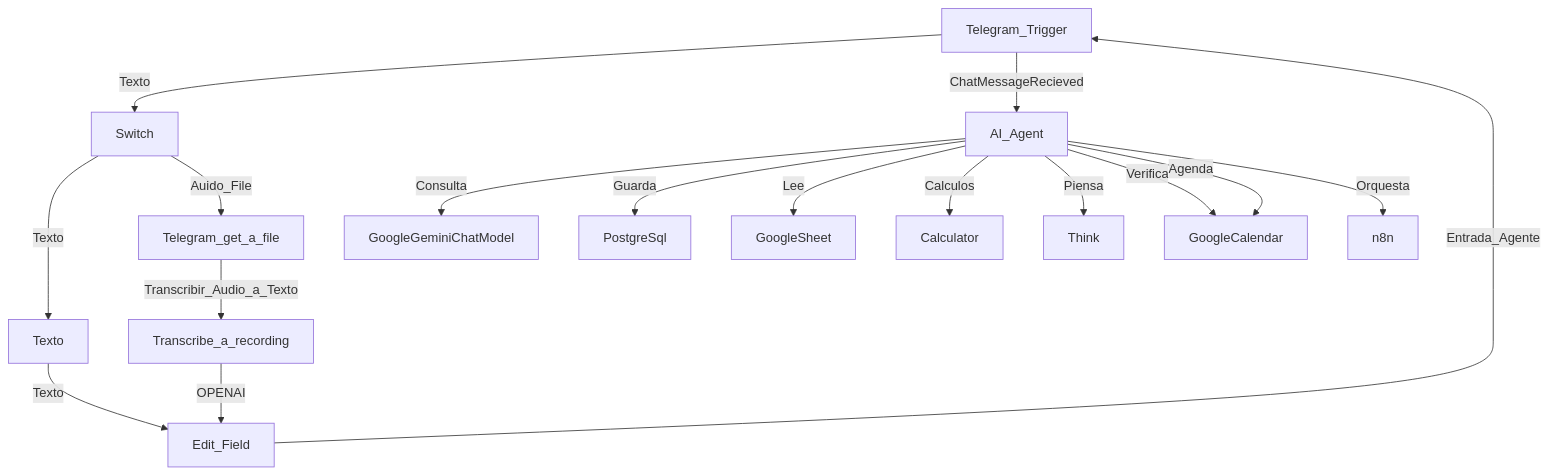
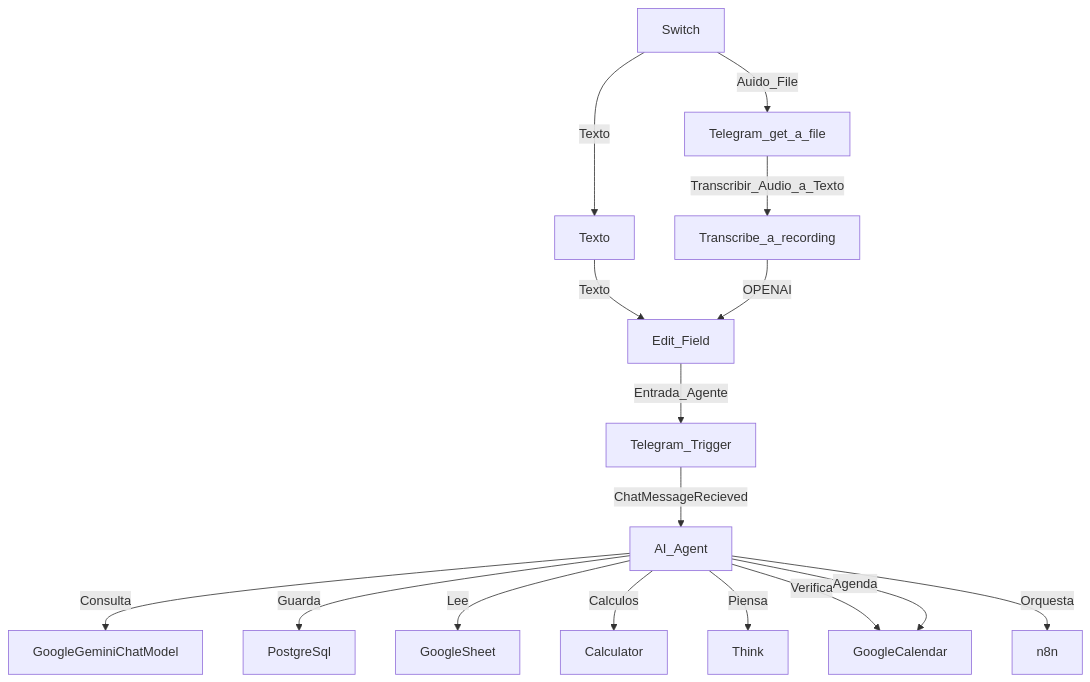
Before and after one commit to liusvani/ia-agent-n8n-telegram: the diagram in README.md, drawn with Mermaid.

Commit message:
README.md

````diff
--- a/README.md
+++ b/README.md
@@ -25,19 +25,18 @@
 ```mermaid
-graph TD
-    Telegram_Trigger -->|Texto| Switch
+graph TD    
     Switch -->|Texto| Texto
     Switch -->|Auido_File| Telegram_get_a_file
     Telegram_get_a_file -->|Transcribir_Audio_a_Texto| Transcribe_a_recording
     Texto -->|Texto| Edit_Field
     Transcribe_a_recording -->|OPENAI| Edit_Field
     Edit_Field -->|Entrada_Agente| Telegram_Trigger
     Telegram_Trigger -->|ChatMessageRecieved| AI_Agent
     AI_Agent -->|Consulta| GoogleGeminiChatModel
     AI_Agent -->|Guarda| PostgreSql
     AI_Agent -->|Lee| GoogleSheet
     AI_Agent -->|Calculos| Calculator
     AI_Agent -->|Piensa| Think
     AI_Agent -->|Verifica| GoogleCalendar
     AI_Agent -->|Agenda| GoogleCalendar    
     AI_Agent -->|Orquesta| n8n
 ```
````
